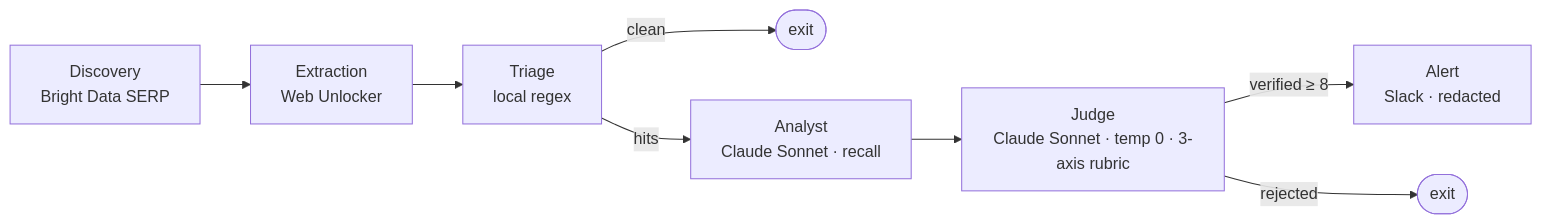
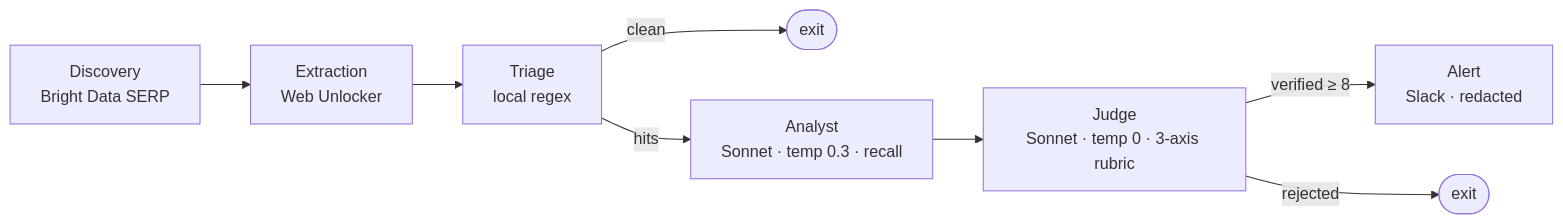
Before and after one commit to janelletam-dev/leakguard: the diagram in README.md, drawn with Mermaid. The commit also changed other lines of this file, not shown here.

Commit message:
docs: judge-facing README — live demo, honest eval numbers, Bright Data

````diff
--- a/README.md
+++ b/README.md
@@ -12,10 +40,10 @@
 ```mermaid
 flowchart LR
     D[Discovery<br/>Bright Data SERP] --> E[Extraction<br/>Web Unlocker]
     E --> T[Triage<br/>local regex]
     T -->|clean| X1([exit])
-    T -->|hits| A[Analyst<br/>Claude Sonnet · recall]
-    A --> J[Judge<br/>Claude Sonnet · temp 0 · 3-axis rubric]
+    T -->|hits| A[Analyst<br/>Sonnet · temp 0.3 · recall]
+    A --> J[Judge<br/>Sonnet · temp 0 · 3-axis rubric]
     J -->|verified ≥ 8| AL[Alert<br/>Slack · redacted]
     J -->|rejected| X2([exit])
 ```
````
